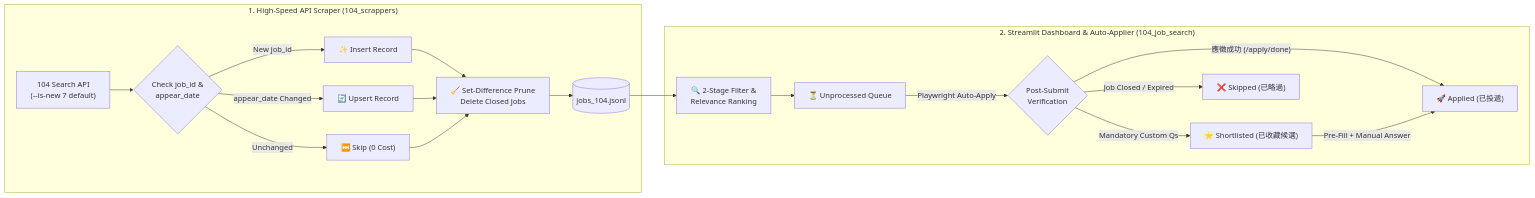
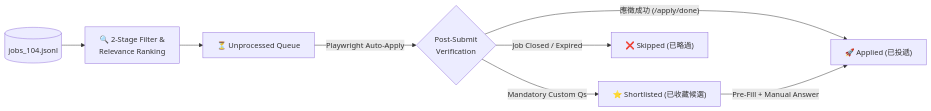
One commit to jeniebeez/Job_Search_Tools changed the second of 2 diagrams in README.md. Above: the diagram before and after it, drawn with Mermaid. The commit also changed other lines of this file and 1 other file, not shown here.

Commit message:
docs(readme): split Mermaid architecture diagram into two stacked full-width diagrams for better readability

````diff
--- a/README.md
+++ b/README.md
@@ -79,21 +93,10 @@
 ```mermaid
 flowchart LR
-    subgraph Scraper ["1. High-Speed API Scraper (104_scrappers)"]
-        A["104 Search API<br/>(--is-new 7 default)"] --> B{"Check job_id &<br/>appear_date"}
-        B -- "New job_id" --> C["✨ Insert Record"]
-        B -- "appear_date Changed" --> D["🔄 Upsert Record"]
-        B -- "Unchanged" --> E["⏭️ Skip (0 Cost)"]
-        C & D & E --> F["🧹 Set-Difference Prune<br/>Delete Closed Jobs"]
-        F --> G[("jobs_104.jsonl")]
-    end
-
-    subgraph Dashboard ["2. Streamlit Dashboard & Auto-Applier (104_job_search)"]
-        G --> H["🔍 2-Stage Filter &<br/>Relevance Ranking"]
-        H --> I["⏳ Unprocessed Queue"]
-        I -- "Playwright Auto-Apply" --> J{"Post-Submit<br/>Verification"}
-        J -- "應徵成功 (/apply/done)" --> K["🚀 Applied (已投遞)"]
-        J -- "Mandatory Custom Qs" --> L["⭐ Shortlisted (已收藏候選)"]
-        J -- "Job Closed / Expired" --> M["❌ Skipped (已略過)"]
-        L -- "Pre-Fill + Manual Answer" --> K
-    end
+    G[("jobs_104.jsonl")] --> H["🔍 2-Stage Filter &<br/>Relevance Ranking"]
+    H --> I["⏳ Unprocessed Queue"]
+    I -- "Playwright Auto-Apply" --> J{"Post-Submit<br/>Verification"}
+    J -- "應徵成功 (/apply/done)" --> K["🚀 Applied (已投遞)"]
+    J -- "Mandatory Custom Qs" --> L["⭐ Shortlisted (已收藏候選)"]
+    J -- "Job Closed / Expired" --> M["❌ Skipped (已略過)"]
+    L -- "Pre-Fill + Manual Answer" --> K
 ```
````
